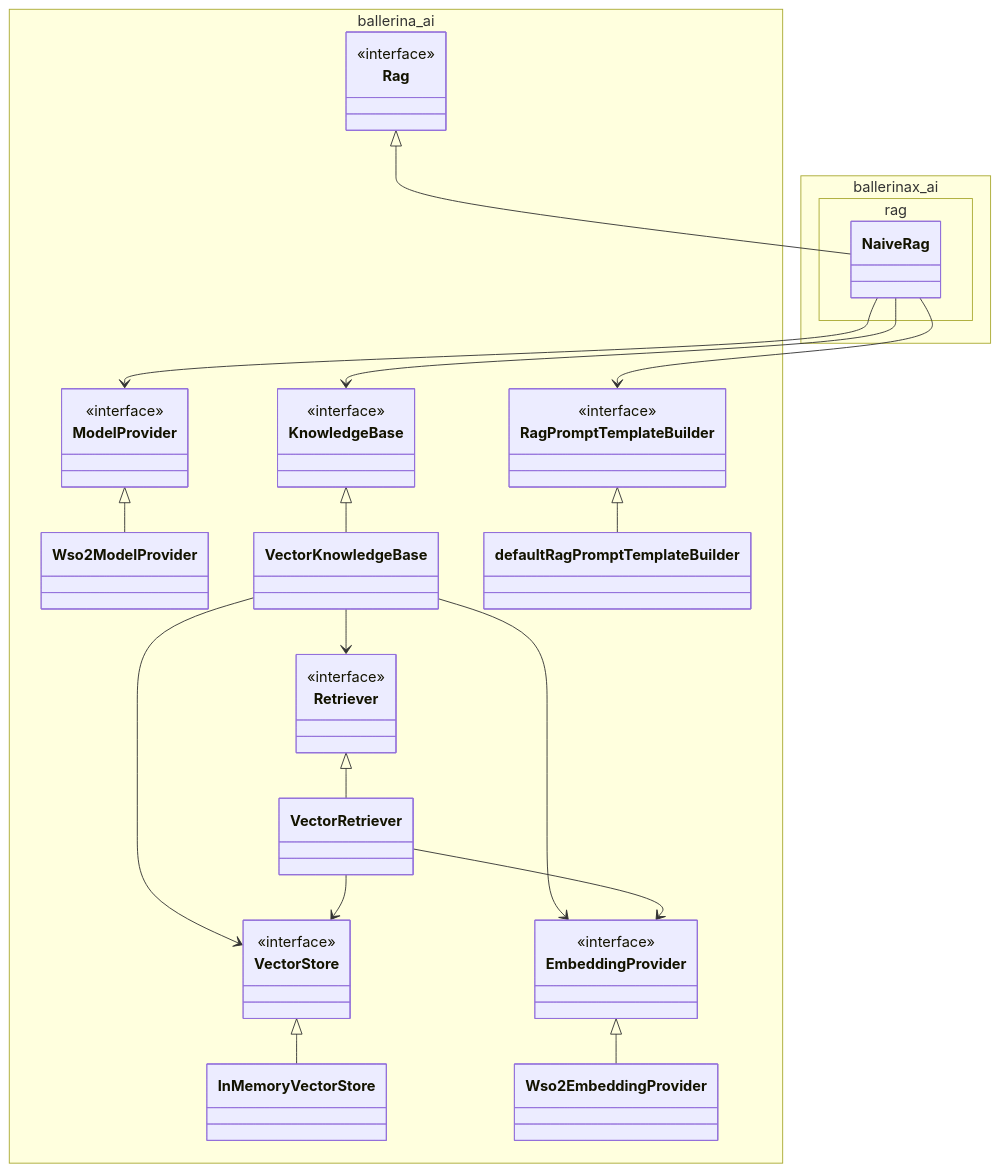
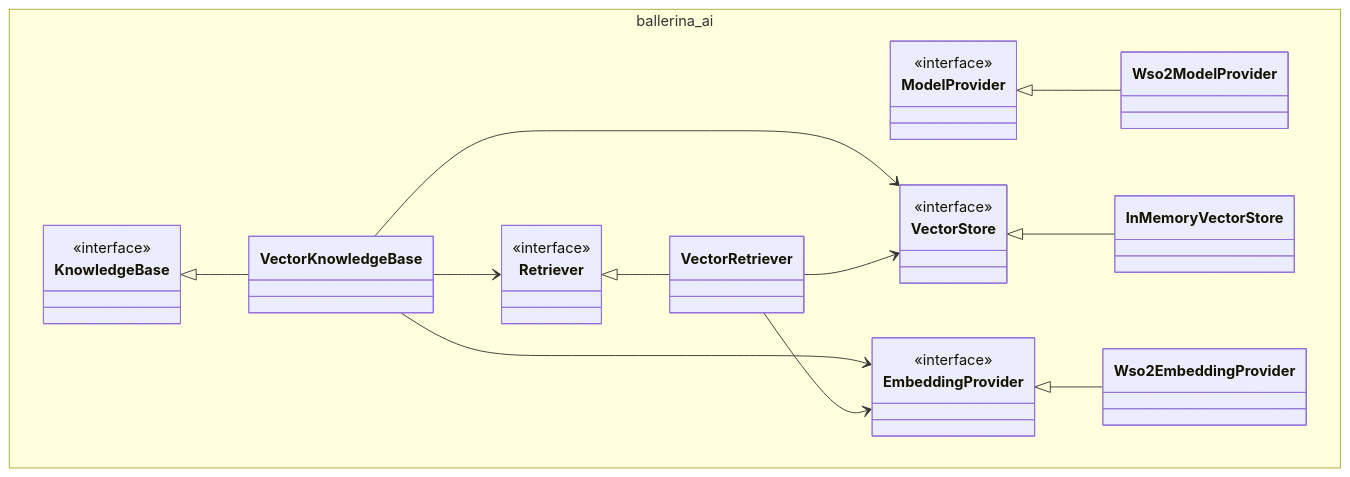
Before and after one commit to ballerina-platform/ballerina-spec: the diagram in stdlib/proposals/ai/abstractions_for_retrieval_augmented_generation_in_ballerina.md, drawn with Mermaid. The commit also changed other lines of this file, not shown here.

Commit message:
Update RAG abstractions with suggestions

````diff
--- a/stdlib/proposals/ai/abstractions_for_retrieval_augmented_generation_in_ballerina.md
+++ b/stdlib/proposals/ai/abstractions_for_retrieval_augmented_generation_in_ballerina.md
@@ -743,56 +566,39 @@
 ```mermaid
 classDiagram
 namespace ballerina_ai {
-    class Rag {
-        <<interface>>
-    }
     class ModelProvider {
         <<interface>>
     }
     class KnowledgeBase {
         <<interface>>
     }
-    class RagPromptTemplateBuilder {
-        <<interface>>
-    }
     class Wso2ModelProvider
     class VectorKnowledgeBase
-    class defaultRagPromptTemplateBuilder
     class VectorStore {
         <<interface>>
     }
     class InMemoryVectorStore
     class EmbeddingProvider {
         <<interface>>
     }
     class Wso2EmbeddingProvider
     class Retriever {
         <<interface>>
     }
     class VectorRetriever
 }
 
-namespace ballerinax_ai.rag {
-    class NaiveRag
-}
-
 ModelProvider <|-- Wso2ModelProvider
 KnowledgeBase <|-- VectorKnowledgeBase
-RagPromptTemplateBuilder <|-- defaultRagPromptTemplateBuilder
 
 VectorKnowledgeBase --> VectorStore
 VectorKnowledgeBase --> EmbeddingProvider
 VectorKnowledgeBase --> Retriever
 
 VectorStore <|-- InMemoryVectorStore
 EmbeddingProvider <|-- Wso2EmbeddingProvider
 Retriever <|-- VectorRetriever
 
 VectorRetriever --> VectorStore
 VectorRetriever --> EmbeddingProvider
-
-NaiveRag --> ModelProvider
-NaiveRag --> KnowledgeBase
-NaiveRag --> RagPromptTemplateBuilder
-Rag <|-- NaiveRag
 ```
````
